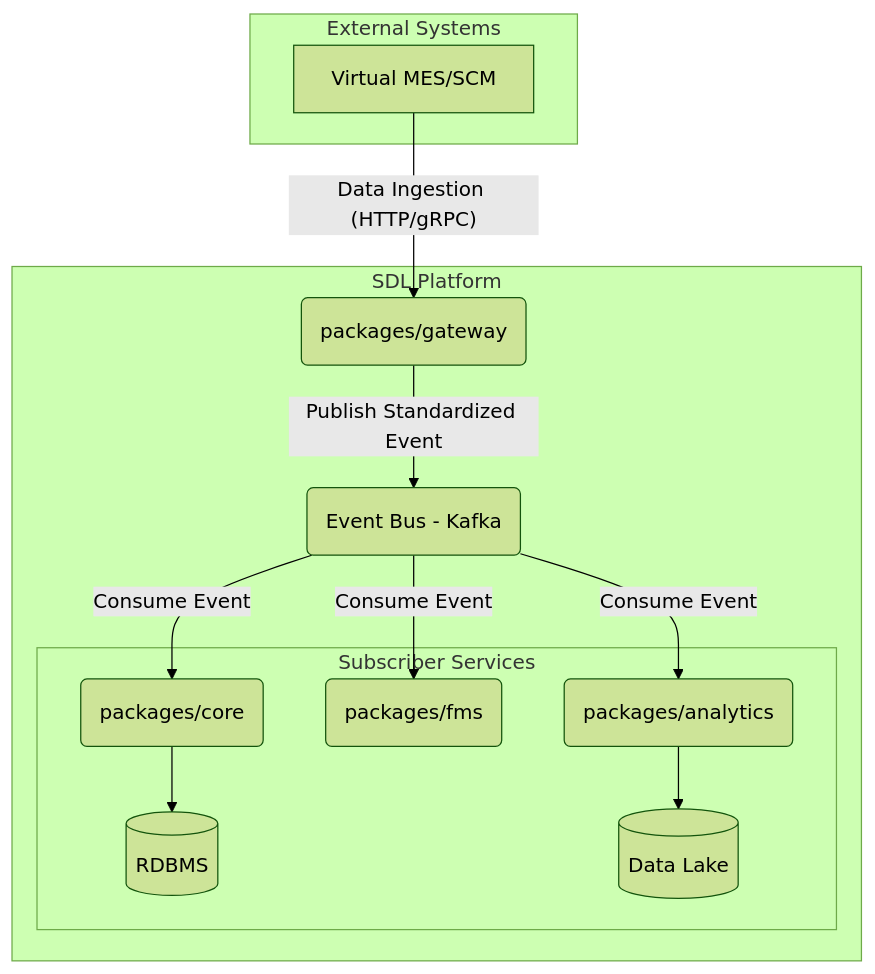
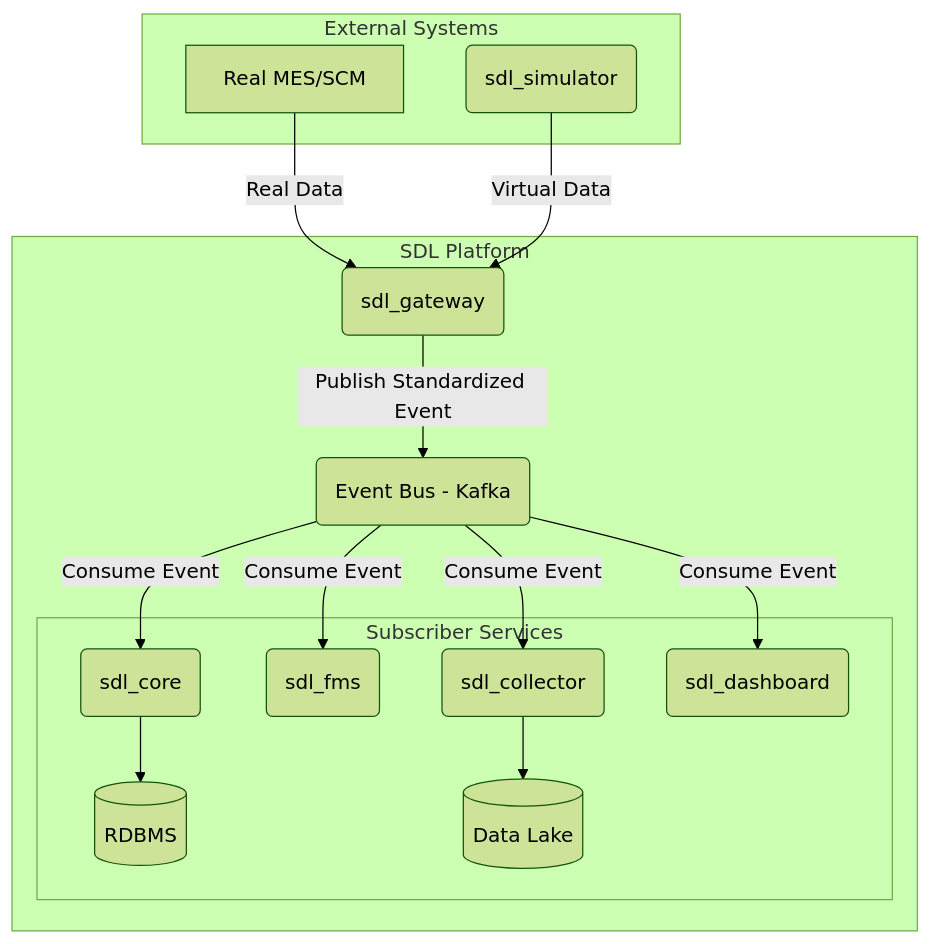
Before and after one commit to reidlo5135/SDL: the first of 2 diagrams in README.md, drawn with Mermaid (forest theme). The commit also changed other lines of this file, not shown here.

Commit message:
docs : update README.md

````diff
--- a/README.md
+++ b/README.md
@@ -17,25 +17,28 @@
 ```mermaid
 graph TD
     subgraph "External Systems"
-        Simulator[Virtual MES/SCM]
+        RealMES[Real MES/SCM]
+        Simulator(sdl_simulator)
     end
 
     subgraph "SDL Platform"
-        Gateway(packages/gateway)
+        Gateway(sdl_gateway)
         Kafka(Event Bus - Kafka)
 
         subgraph "Subscriber Services"
-            Core(packages/core) --> DB[(RDBMS)]
-            FMS(packages/fms)
-            Analytics(packages/analytics) --> DL[(Data Lake)]
+            Core(sdl_core) --> RDBMS[(RDBMS)]
+            FMS(sdl_fms)
+            Collector(sdl_collector) --> DataLake[(Data Lake)]
+            Dashboard(sdl_dashboard)
         end
     end
 
-    Simulator -- "Data Ingestion (HTTP/gRPC)" --> Gateway
+    RealMES -- "Real Data" --> Gateway
+    Simulator -- "Virtual Data" --> Gateway
     Gateway -- "Publish Standardized Event" --> Kafka
 
     Kafka -- "Consume Event" --> Core
     Kafka -- "Consume Event" --> FMS
-    Kafka -- "Consume Event" --> Analytics
-    
+    Kafka -- "Consume Event" --> Collector
+    Kafka -- "Consume Event" --> Dashboard
 ```
````
